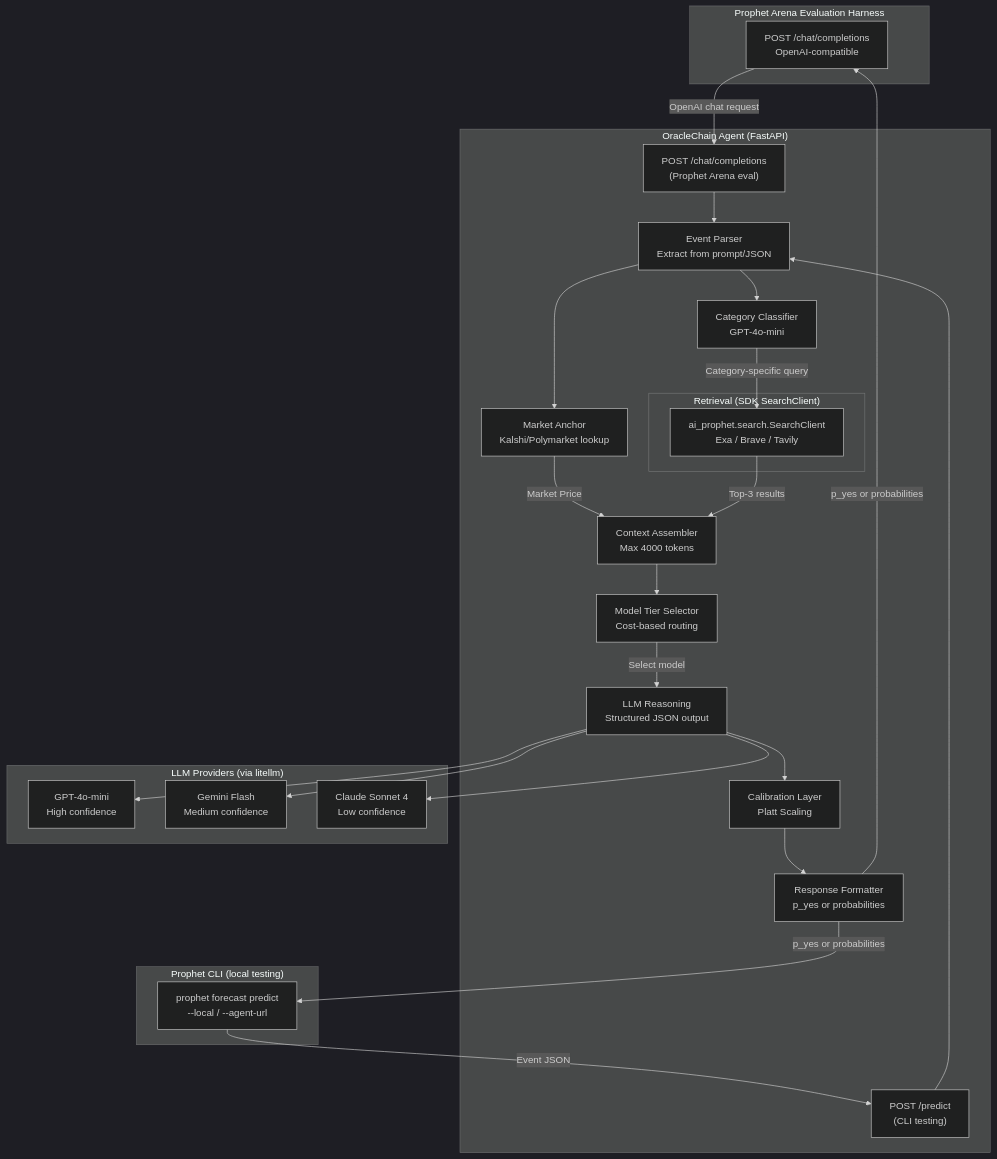
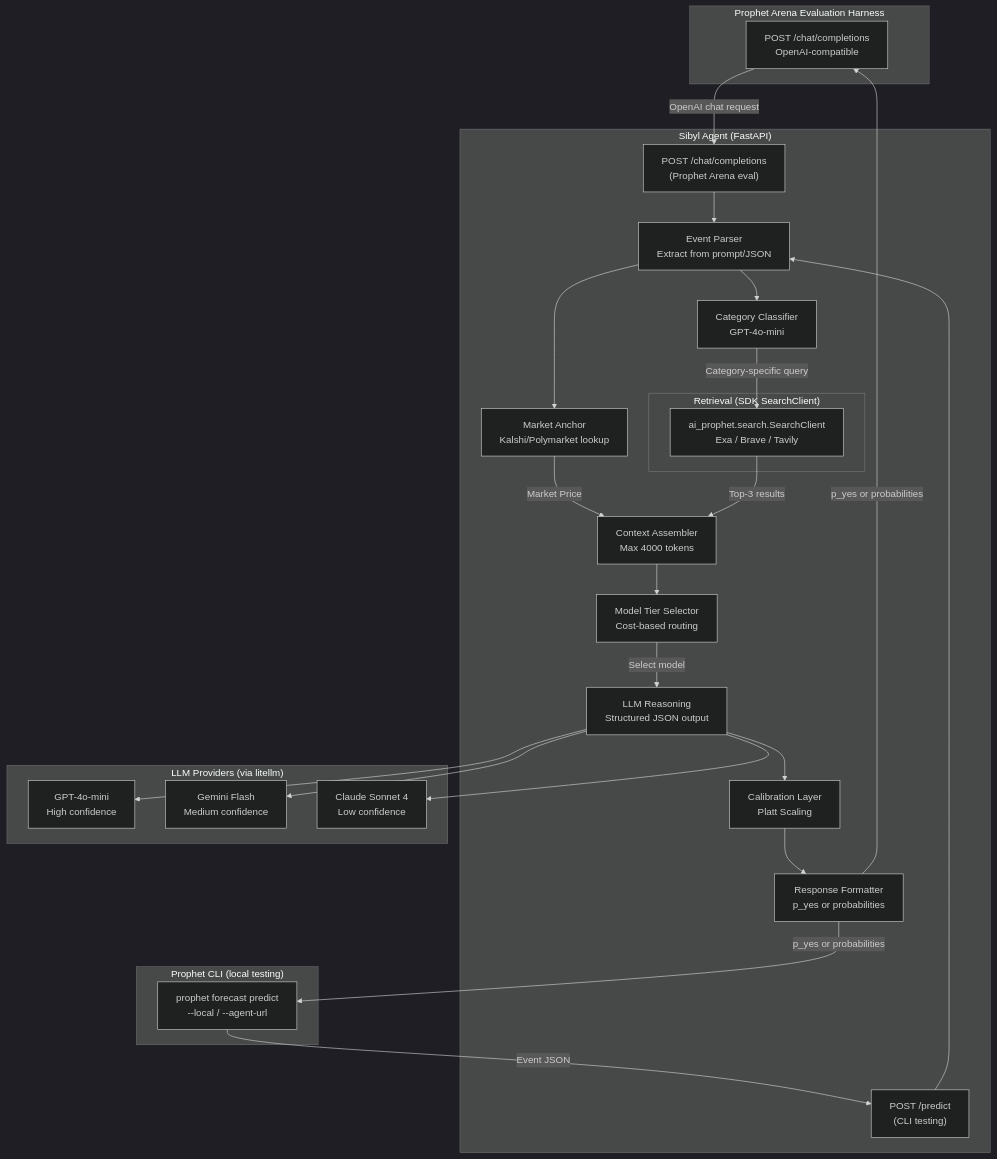
One commit to edycutjong/sibyl changed the diagram in docs/ARCHITECTURE.md. Above: the diagram before and after it, drawn with Mermaid (dark theme). The commit also changed other lines of this file and 3 other files, not shown here.

Commit message:
docs: rename OracleChain to Sibyl

````diff
--- a/docs/ARCHITECTURE.md
+++ b/docs/ARCHITECTURE.md
@@ -29,51 +29,51 @@
 ```mermaid
 graph TB
     subgraph "Prophet Arena Evaluation Harness"
         PA["POST /chat/completions<br>OpenAI-compatible"]
     end
 
     subgraph "Prophet CLI (local testing)"
         CLI["prophet forecast predict<br>--local / --agent-url"]
     end
 
-    subgraph "OracleChain Agent (FastAPI)"
+    subgraph "Sibyl Agent (FastAPI)"
         EP1["POST /chat/completions<br>(Prophet Arena eval)"]
         EP2["POST /predict<br>(CLI testing)"]
         PARSE["Event Parser<br>Extract from prompt/JSON"]
         CC["Category Classifier<br>GPT-4o-mini"]
         MA["Market Anchor<br>Kalshi/Polymarket lookup"]
 
         subgraph "Retrieval (SDK SearchClient)"
             SC["ai_prophet.search.SearchClient<br>Exa / Brave / Tavily"]
         end
 
         CA["Context Assembler<br>Max 4000 tokens"]
         MT["Model Tier Selector<br>Cost-based routing"]
         LLM["LLM Reasoning<br>Structured JSON output"]
         CL["Calibration Layer<br>Platt Scaling"]
         FMT["Response Formatter<br>p_yes or probabilities"]
     end
 
     subgraph "LLM Providers (via litellm)"
         MINI["GPT-4o-mini<br>High confidence"]
         FLASH["Gemini Flash<br>Medium confidence"]
         OPUS["Claude Sonnet 4<br>Low confidence"]
     end
 
     PA -->|"OpenAI chat request"| EP1
     CLI -->|"Event JSON"| EP2
     EP1 --> PARSE
     EP2 --> PARSE
     PARSE --> CC
     PARSE --> MA
     CC -->|"Category-specific query"| SC
     MA -->|Market Price| CA
     SC -->|"Top-3 results"| CA
     CA --> MT
     MT -->|Select model| LLM
     LLM --> MINI & FLASH & OPUS
     LLM --> CL
     CL --> FMT
     FMT -->|"p_yes or probabilities"| PA
     FMT -->|"p_yes or probabilities"| CLI
 ```
````
